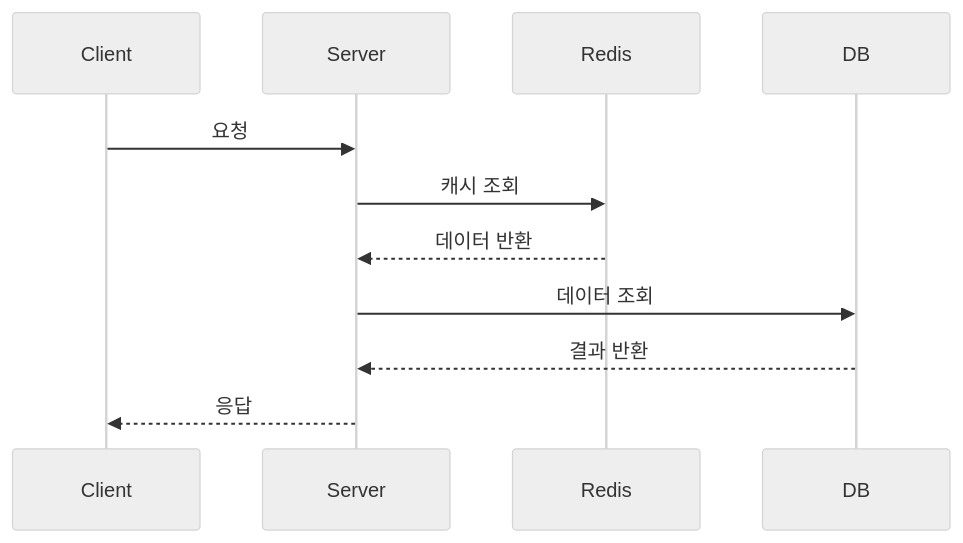
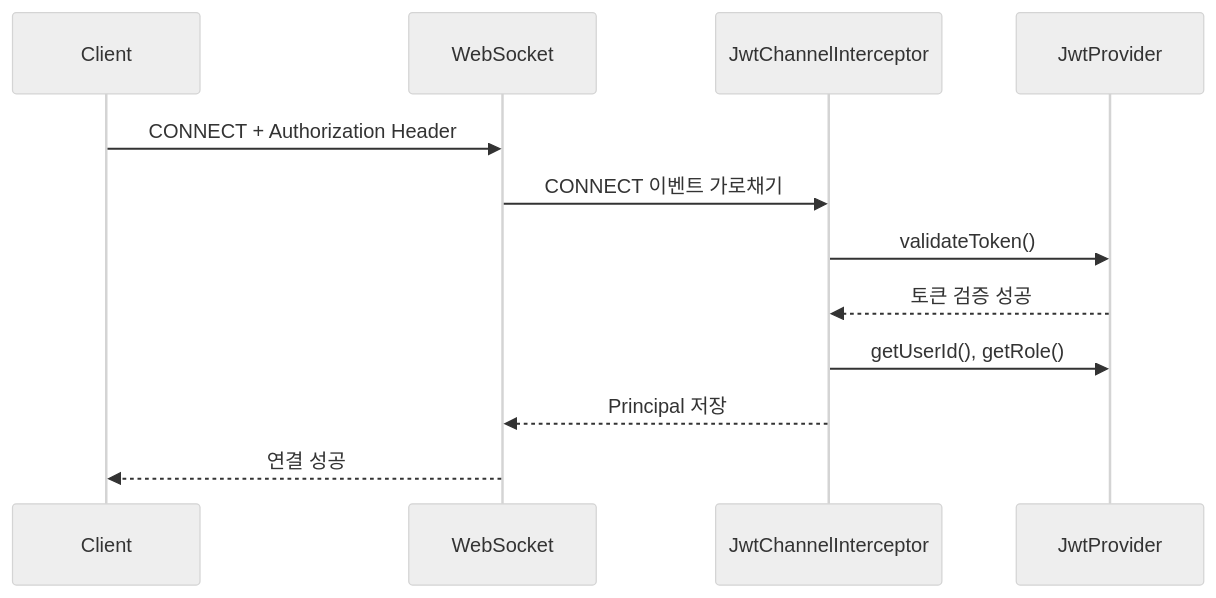
Before and after one commit to all-in-market/alarm-server: the third of 6 diagrams in README.md, drawn with Mermaid (neutral theme). The commit also changed other lines of this file, not shown here.

Commit message:
docs: 알림 서버 README 서비스 플로우 추가

````diff
--- a/README.md
+++ b/README.md
@@ -33,14 +114,22 @@
 ```mermaid
 sequenceDiagram
-    participant Client
-    participant Server
-    participant Redis
-    participant DB
 
-    Client->>Server: 요청
-    Server->>Redis: 캐시 조회
-    Redis-->>Server: 데이터 반환
-    Server->>DB: 데이터 조회
-    DB-->>Server: 결과 반환
-    Server-->>Client: 응답
+    participant Client
+    participant WebSocket
+    participant JwtChannelInterceptor
+    participant JwtProvider
+
+    Client->>WebSocket: CONNECT + Authorization Header
+
+    WebSocket->>JwtChannelInterceptor: CONNECT 이벤트 가로채기
+
+    JwtChannelInterceptor->>JwtProvider: validateToken()
+
+    JwtProvider-->>JwtChannelInterceptor: 토큰 검증 성공
+
+    JwtChannelInterceptor->>JwtProvider: getUserId(), getRole()
+
+    JwtChannelInterceptor-->>WebSocket: Principal 저장
+
+    WebSocket-->>Client: 연결 성공
 ```
````
